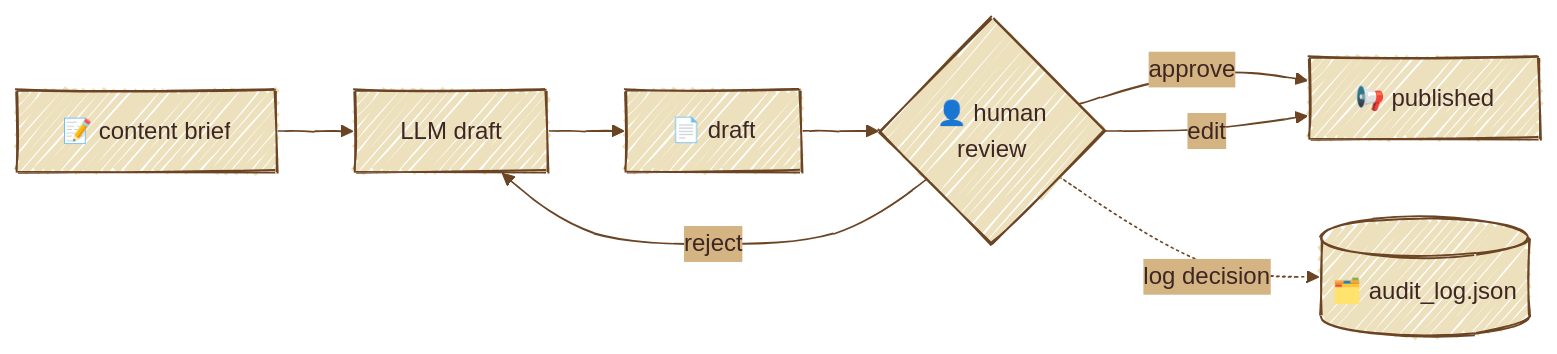
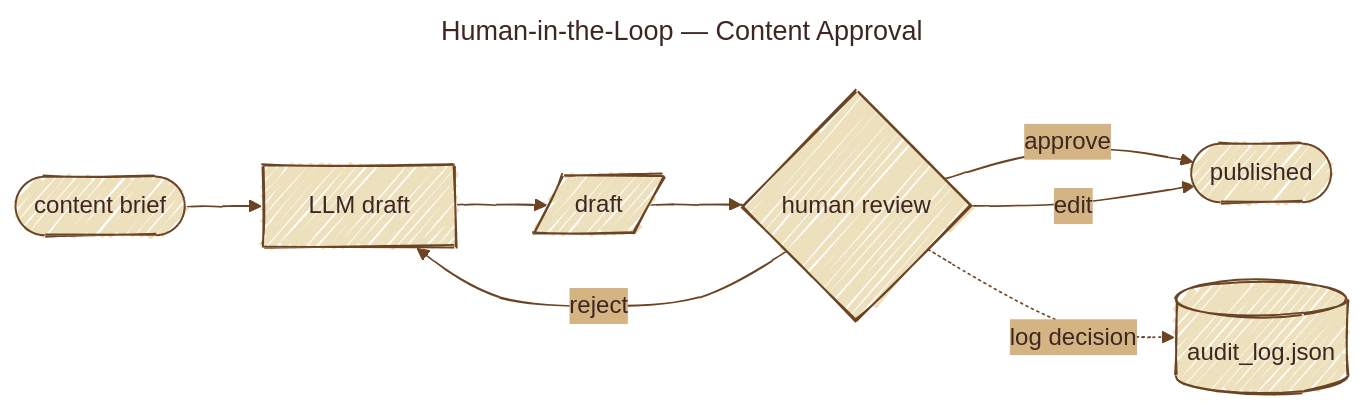
Before and after one commit to gtesei/agentic_design_patterns: the tenth of 29 diagrams in README.md, drawn with Mermaid. The commit also changed other lines of this file, not shown here.

Commit message:
docs(1_prompt_chain): add Mermaid diagram of the spec→JSON chain

````diff
--- a/README.md
+++ b/README.md
@@ -601,15 +677,20 @@
 ```mermaid
+---
+title: Human-in-the-Loop — Content Approval
+---
 %%{init: {'look':'handDrawn','theme':'base','themeVariables':{'background':'#f5ecd9','primaryColor':'#ede0bd','primaryBorderColor':'#6b4423','primaryTextColor':'#3e2723','lineColor':'#6b4423','secondaryColor':'#d4b483','tertiaryColor':'#c9a872','fontFamily':'Caveat, Patrick Hand, cursive'}}}%%
 flowchart LR
-    Brief["📝 content brief"]
-    Gen["LLM draft"]
-    Draft["📄 draft"]
-    H{"👤 human<br/>review"}
-    Pub["📢 published"]
-    Audit[("🗂️ audit_log.json")]
+    Brief([content brief])
+    Pub([published])
+    Audit[(audit_log.json)]
+
+    Gen[LLM draft]
+    Draft[/draft/]
+    H{human review}
+
     Brief --> Gen --> Draft --> H
-    H -- approve --> Pub
-    H -- edit --> Pub
-    H -- reject --> Gen
-    H -. log decision .-> Audit
+    H -- "approve" --> Pub
+    H -- "edit" --> Pub
+    H -- "reject" --> Gen
+    H -. "log decision" .-> Audit
 ```
````
